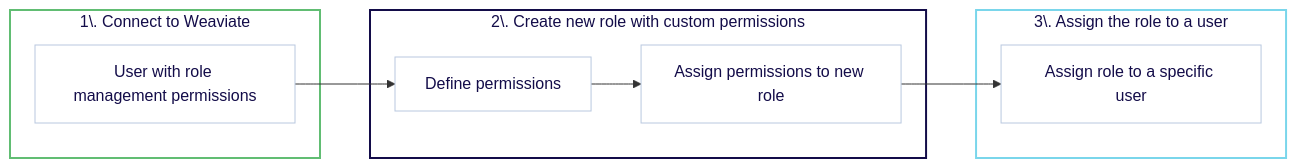
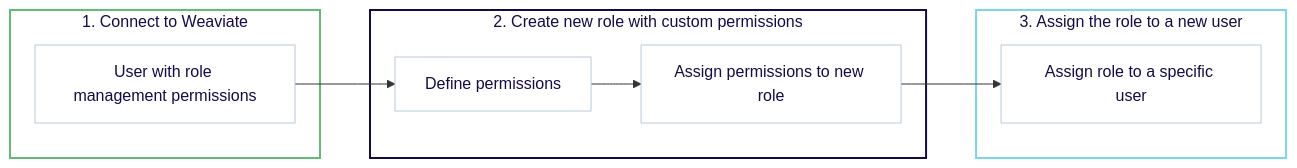
The diagram in docs/weaviate/tutorials/rbac.mdx (weaviate/docs), drawn with Mermaid before and after one commit. The commit also changed other lines of this file and 80 other files, not shown here.

````diff
--- a/docs/weaviate/tutorials/rbac.mdx
+++ b/docs/weaviate/tutorials/rbac.mdx
@@ -29,32 +32,32 @@
 ```mermaid
 flowchart LR
     %% Define nodes with white backgrounds and darker borders
     A1["User with role management permissions"] --> B1["Define permissions"]
     B1 --> B2["Assign permissions to new role"]
     B2 --> C1["Assign role to a specific user"]
 
     %% Group nodes in subgraphs with brand colors
-    subgraph sg1 ["1\. Connect to Weaviate"]
+    subgraph sg1 ["1. Connect to Weaviate"]
         A1
     end
 
-    subgraph sg2 ["2\. Create new role with custom permissions"]
+    subgraph sg2 ["2. Create new role with custom permissions"]
         B1
         B2
     end
 
-    subgraph sg3 ["3\. Assign the role to a user"]
+    subgraph sg3 ["3. Assign the role to a new user"]
         C1
     end
 
     %% Style nodes with white background and darker borders
     style A1 fill:#ffffff,stroke:#B9C8DF,color:#130C49
     style B1 fill:#ffffff,stroke:#B9C8DF,color:#130C49
     style B2 fill:#ffffff,stroke:#B9C8DF,color:#130C49
     style C1 fill:#ffffff,stroke:#B9C8DF,color:#130C49
 
     %% Style subgraphs with brand colors
     style sg1 fill:#ffffff,stroke:#61BD73,stroke-width:2px,color:#130C49
     style sg2 fill:#ffffff,stroke:#130C49,stroke-width:2px,color:#130C49
     style sg3 fill:#ffffff,stroke:#7AD6EB,stroke-width:2px,color:#130C49
 ```
````
